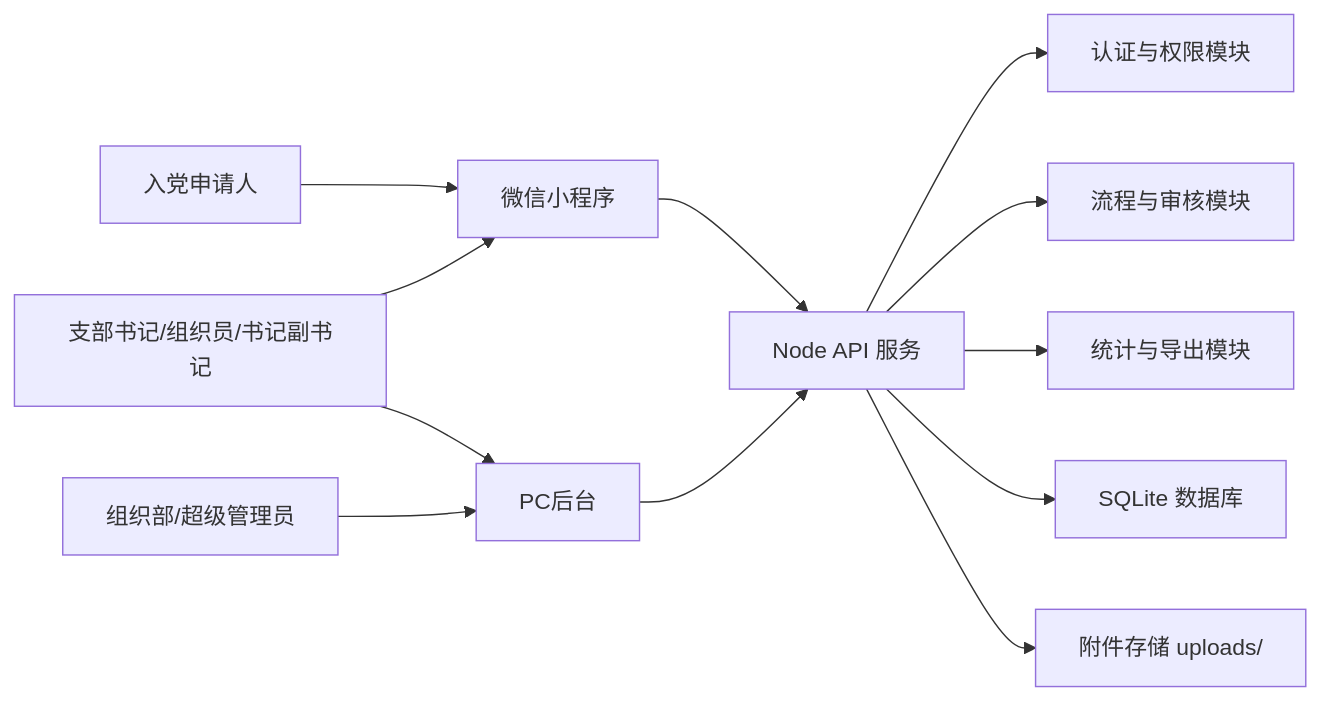
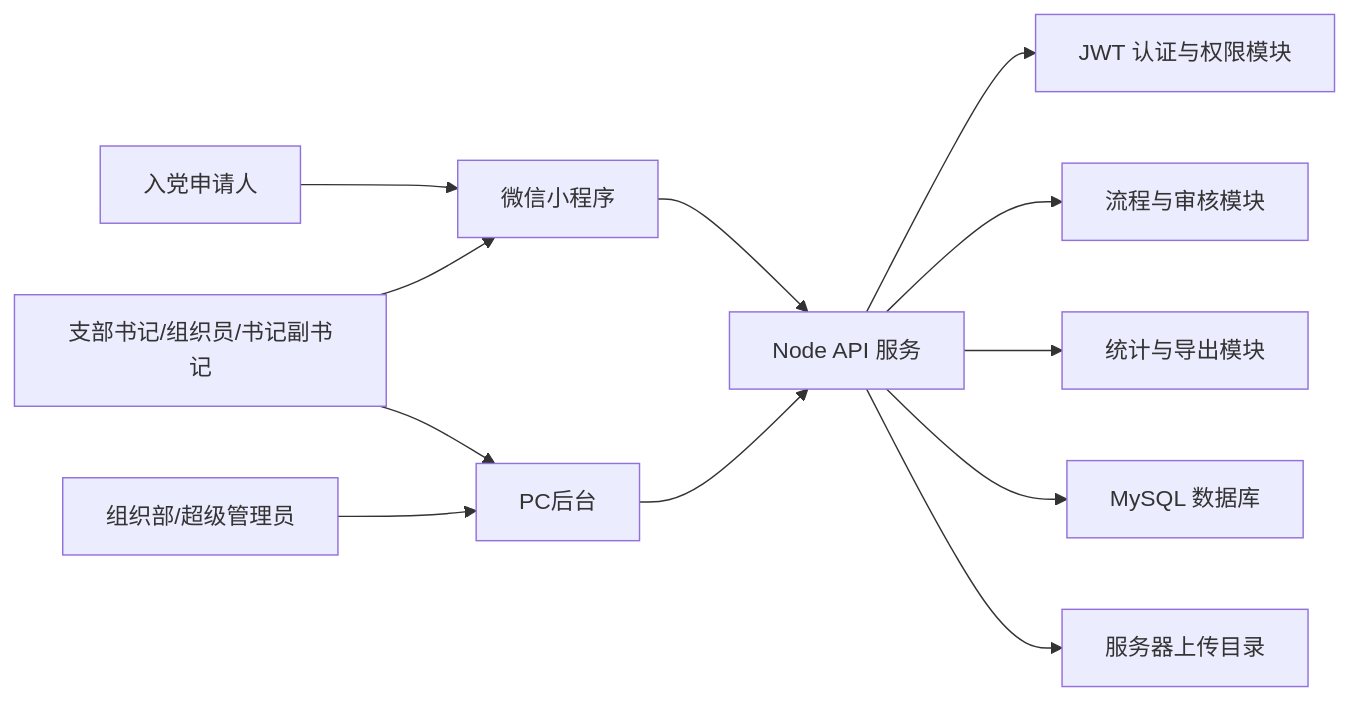
One commit to Lukas-VI/party-building-system changed the diagram in docs/dfd.mmd. Above: the diagram before and after it, drawn with Mermaid. The commit also changed 32 other files, not shown here.

```diff
--- a/docs/dfd.mmd
+++ b/docs/dfd.mmd
@@ -1,12 +1,12 @@
 flowchart LR
   A["入党申请人"] --> MP["微信小程序"]
   B["支部书记/组织员/书记副书记"] --> MP
   B --> AW["PC后台"]
   C["组织部/超级管理员"] --> AW
   MP --> API["Node API 服务"]
   AW --> API
-  API --> AUTH["认证与权限模块"]
+  API --> AUTH["JWT 认证与权限模块"]
   API --> WF["流程与审核模块"]
   API --> ST["统计与导出模块"]
-  API --> DB["SQLite 数据库"]
-  API --> FS["附件存储 uploads/"]
+  API --> DB["MySQL 数据库"]
+  API --> FS["服务器上传目录"]
```
